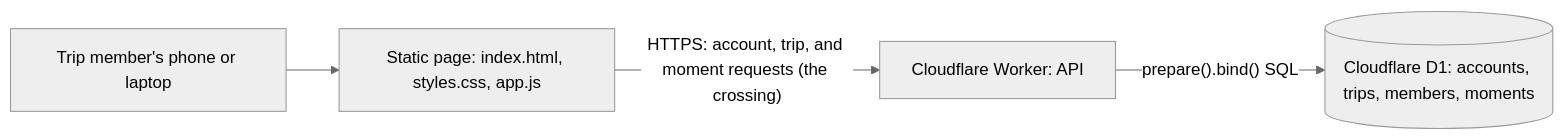
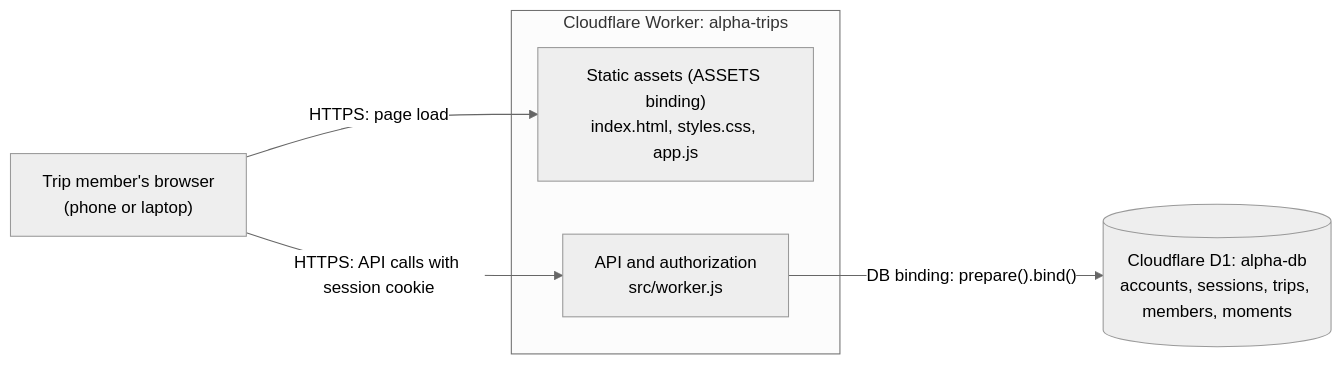
The diagram in context/ARCHITECTURE.md (mehtaaashi05/mgt3745-team-Alpha-), drawn with Mermaid (neutral theme) before and after one commit. The commit also changed other lines of this file, not shown here.

First line of the commit message:
Update ARCHITECTURE.md that matches the d1 schema

````diff
--- a/context/ARCHITECTURE.md
+++ b/context/ARCHITECTURE.md
@@ -77,6 +184,15 @@
 ```mermaid
 flowchart LR
-    Member["Trip member's phone or laptop"] --> Page["Static page: index.html, styles.css, app.js"]
-    Page -- "HTTPS: account, trip, and moment requests (the crossing)" --> Worker["Cloudflare Worker: API"]
-    Worker -- "prepare().bind() SQL" --> D1[("Cloudflare D1: accounts, trips, members, moments")]
+    Browser["Trip member's browser<br/>(phone or laptop)"]
+
+    subgraph Worker["Cloudflare Worker: alpha-trips"]
+        Assets["Static assets (ASSETS binding)<br/>index.html, styles.css, app.js"]
+        Api["API and authorization<br/>src/worker.js"]
+    end
+
+    D1[("Cloudflare D1: alpha-db<br/>accounts, sessions, trips, members, moments")]
+
+    Browser -->|"HTTPS: page load"| Assets
+    Browser -->|"HTTPS: API calls with session cookie"| Api
+    Api -->|"DB binding: prepare().bind()"| D1
 ```
````
